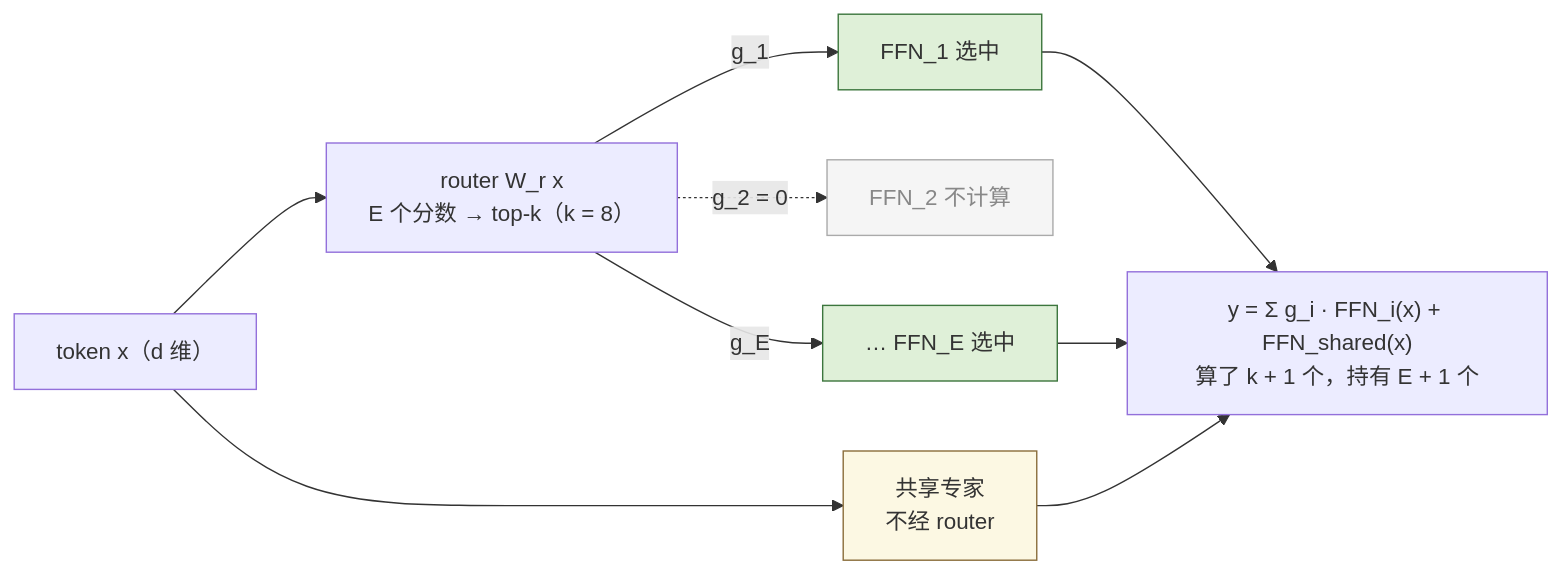
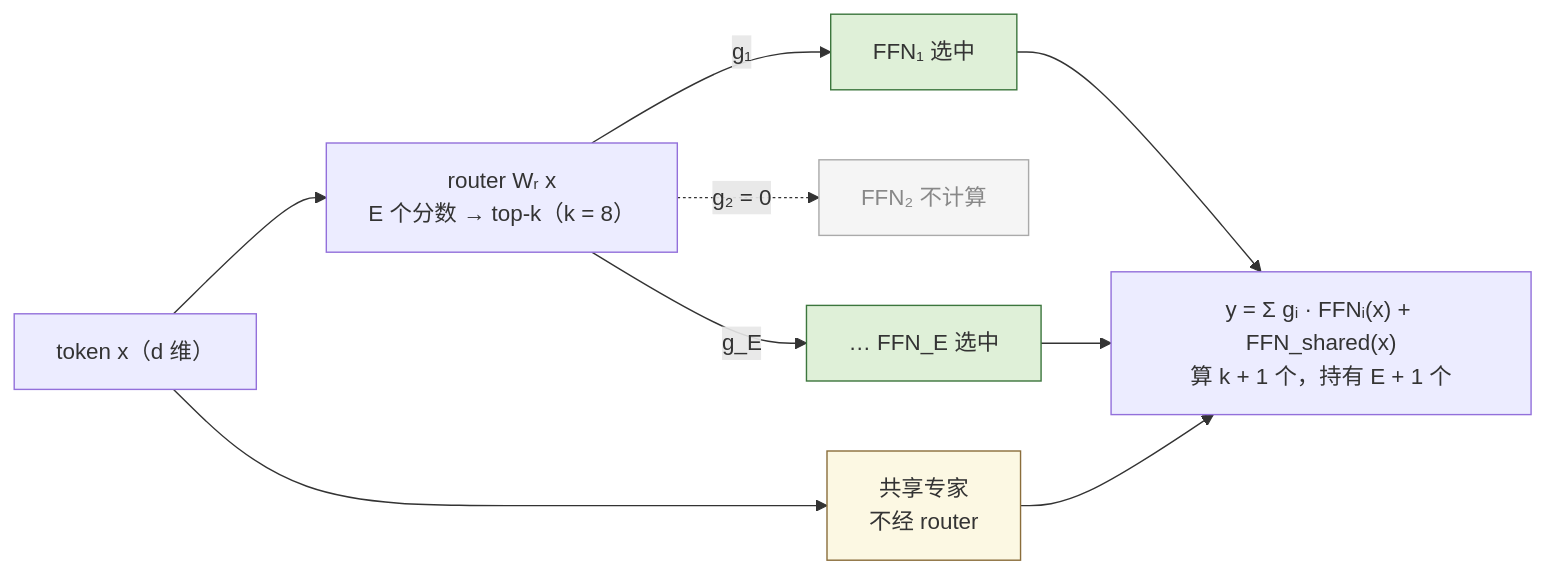
The second of 4 diagrams in slides/2026-04-09-modern-llm-architecture.md (arganzheng/arganzheng.github.com), drawn with Mermaid before and after one commit. The commit also changed other lines of this file, not shown here.

Commit message:
slides(2026-04-09-modern-llm-architecture): 图内文字 ≥14px——标签缩短/拆分/Unicode 数学

````diff
--- a/slides/2026-04-09-modern-llm-architecture.md
+++ b/slides/2026-04-09-modern-llm-architecture.md
@@ -184,16 +184,16 @@
 ```mermaid
 %%{init: {"flowchart": {"wrappingWidth": 240}}}%%
 flowchart LR
-    TOK["token x（d 维）"] --> RT["router W_r x<br/>E 个分数 → top-k（k = 8）"]
-    RT -->|"g_1"| E1["FFN_1 选中"]
-    RT -.->|"g_2 = 0"| E2["FFN_2 不计算"]
+    TOK["token x（d 维）"] --> RT["router Wᵣ x<br/>E 个分数 → top-k（k = 8）"]
+    RT -->|"g₁"| E1["FFN₁ 选中"]
+    RT -.->|"g₂ = 0"| E2["FFN₂ 不计算"]
     RT -->|"g_E"| EE["… FFN_E 选中"]
     TOK --> SH["共享专家<br/>不经 router"]
-    E1 & EE & SH --> SUM["y = Σ g_i · FFN_i(x) + FFN_shared(x)<br/>算了 k + 1 个，持有 E + 1 个"]
+    E1 & EE & SH --> SUM["y = Σ gᵢ · FFNᵢ(x) + FFN_shared(x)<br/>算 k + 1 个，持有 E + 1 个"]
     classDef active fill:#dff0d8,stroke:#3c763d
     classDef idle fill:#f5f5f5,stroke:#aaa,color:#888
     classDef sh fill:#fcf8e3,stroke:#8a6d3b
     class E1,EE active
     class E2 idle
     class SH sh
 ```
````
